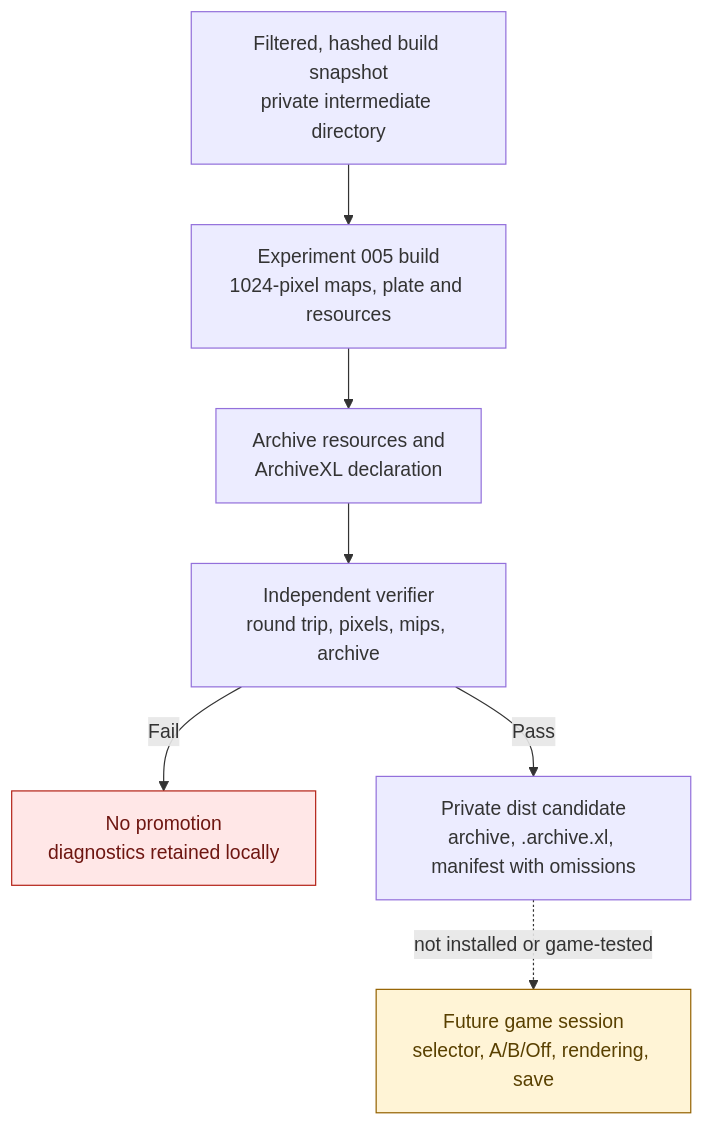
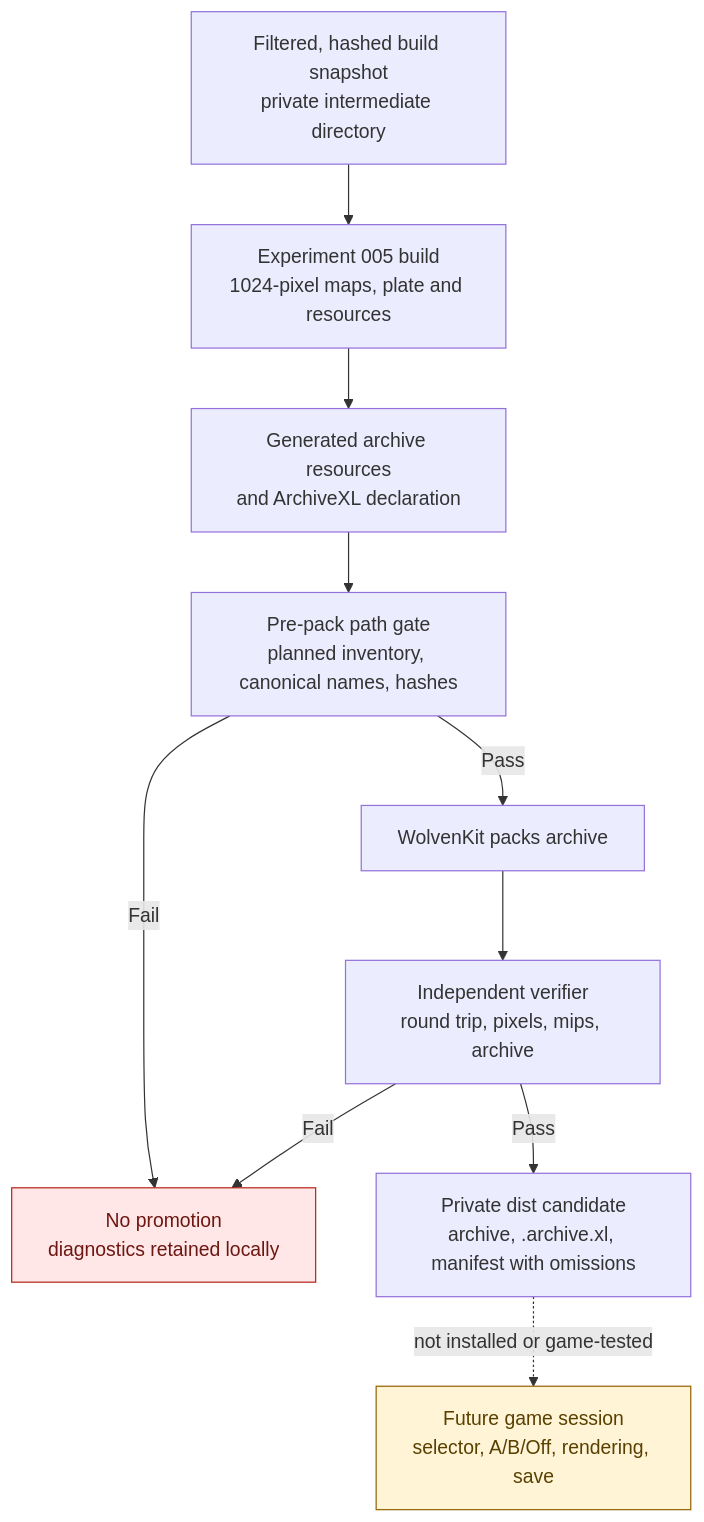
The second of 3 diagrams in research/authoring/studio-to-mod-pipeline.md (axefrog/xf-studio), drawn with Mermaid before and after one commit. The commit also changed other lines of this file and 10 other files, not shown here.

Commit message:
Guard generated archive inventory before packing

````diff
--- a/research/authoring/studio-to-mod-pipeline.md
+++ b/research/authoring/studio-to-mod-pipeline.md
@@ -36,14 +36,17 @@
 ```mermaid
 flowchart TB
   snapshot["Filtered, hashed build snapshot<br/>private intermediate directory"] --> bake["Experiment 005 build<br/>1024-pixel maps, plate and resources"]
-  bake --> resources["Archive resources and<br/>ArchiveXL declaration"]
-  resources --> verifier["Independent verifier<br/>round trip, pixels, mips, archive"]
+  bake --> resources["Generated archive resources<br/>and ArchiveXL declaration"]
+  resources --> gate["Pre-pack path gate<br/>planned inventory, canonical names, hashes"]
+  gate -- Fail --> stop
+  gate -- Pass --> pack["WolvenKit packs archive"]
+  pack --> verifier["Independent verifier<br/>round trip, pixels, mips, archive"]
   verifier -- Fail --> stop["No promotion<br/>diagnostics retained locally"]
   verifier -- Pass --> dist["Private dist candidate<br/>archive, .archive.xl, manifest with omissions"]
   dist -. "not installed or game-tested" .-> runtime["Future game session<br/>selector, A/B/Off, rendering, save"]
 
   classDef blocked fill:#ffe7e7,stroke:#b42318,color:#6e1611;
   classDef pending fill:#fff4d6,stroke:#946200,color:#594000;
   class stop blocked;
   class runtime pending;
 ```
````
